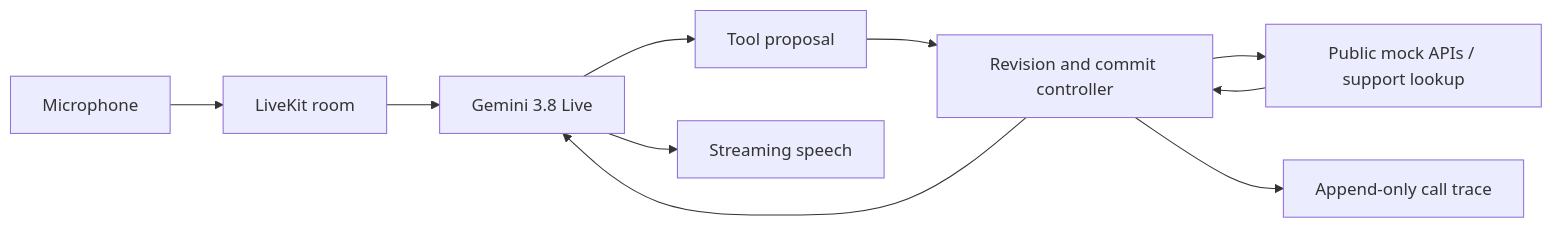
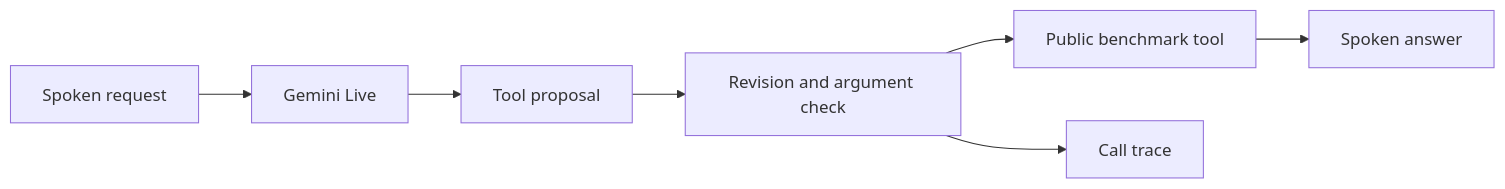
The diagram in README.md (sahaj24/samsung-prism-test), drawn with Mermaid before and after one commit. The commit also changed other lines of this file and 6 other files, not shown here.

````diff
--- a/README.md
+++ b/README.md
@@ -57,12 +78,9 @@
 ```mermaid
 flowchart LR
-    U[Microphone] --> LK[LiveKit room]
-  LK --> G[Gemini 3.8 Live]
-  G --> P[Tool proposal]
-  P --> C[Revision and commit controller]
-  C --> API[Public mock APIs / support lookup]
-  API --> C
-  C --> G
-  G --> S[Streaming speech]
-  C --> T[Append-only call trace]
+  A[Spoken request] --> B[Gemini Live]
+  B --> C[Tool proposal]
+  C --> D[Revision and argument check]
+  D --> E[Public benchmark tool]
+  E --> F[Spoken answer]
+  D --> G[Call trace]
 ```
````
